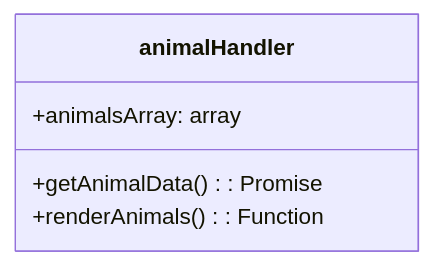
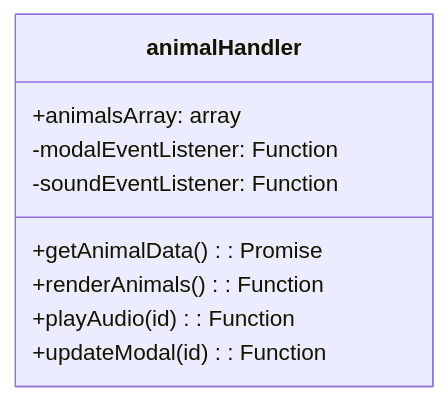
Before and after one commit to MauricioTRP/desafioAnimales: the second of 2 diagrams in readme.md, drawn with Mermaid. The commit also changed other lines of this file, not shown here.

````diff
--- a/readme.md
+++ b/readme.md
@@ -50,8 +50,12 @@
 ```mermaid
 classDiagram
     class animalHandler {
         +animalsArray: array
+        -modalEventListener: Function
+        -soundEventListener: Function
         +getAnimalData(): Promise
         +renderAnimals(): Function
+        +playAudio(id): Function
+        +updateModal(id): Function
     }
 ```
````
